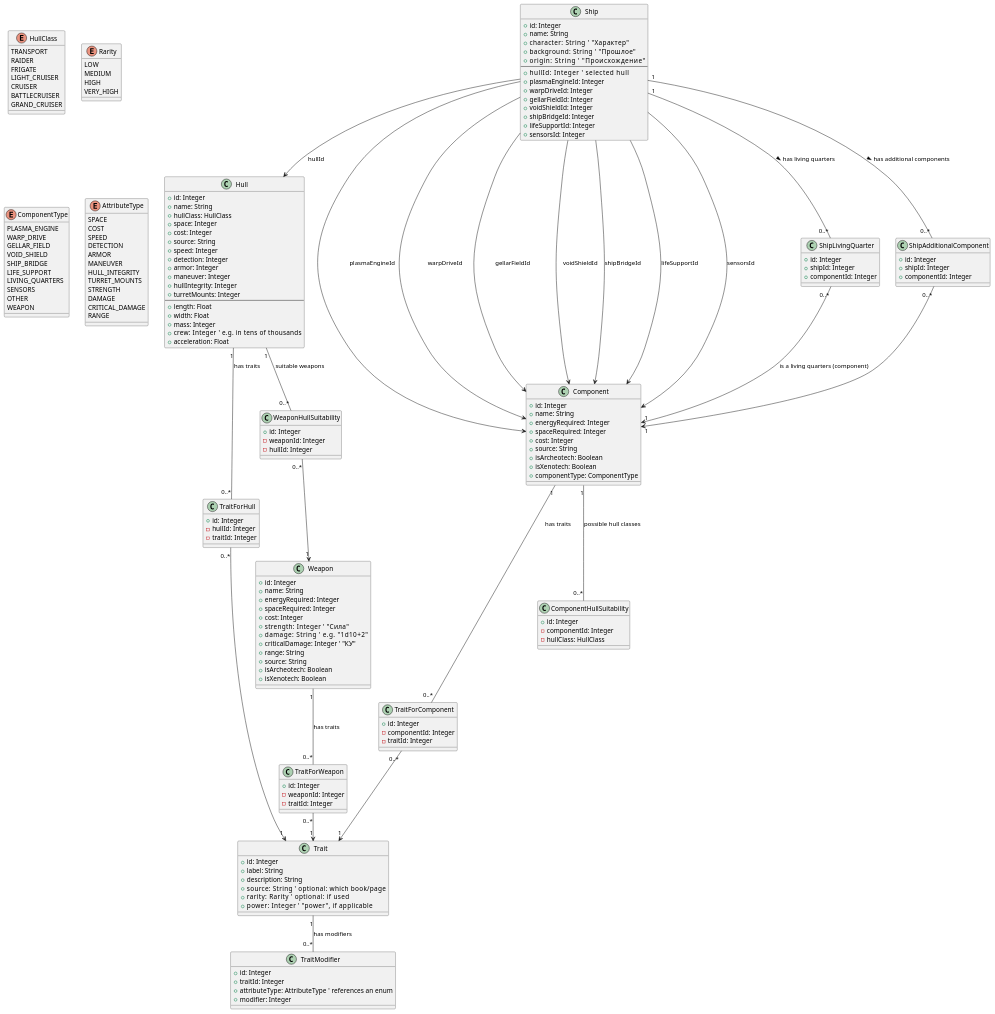
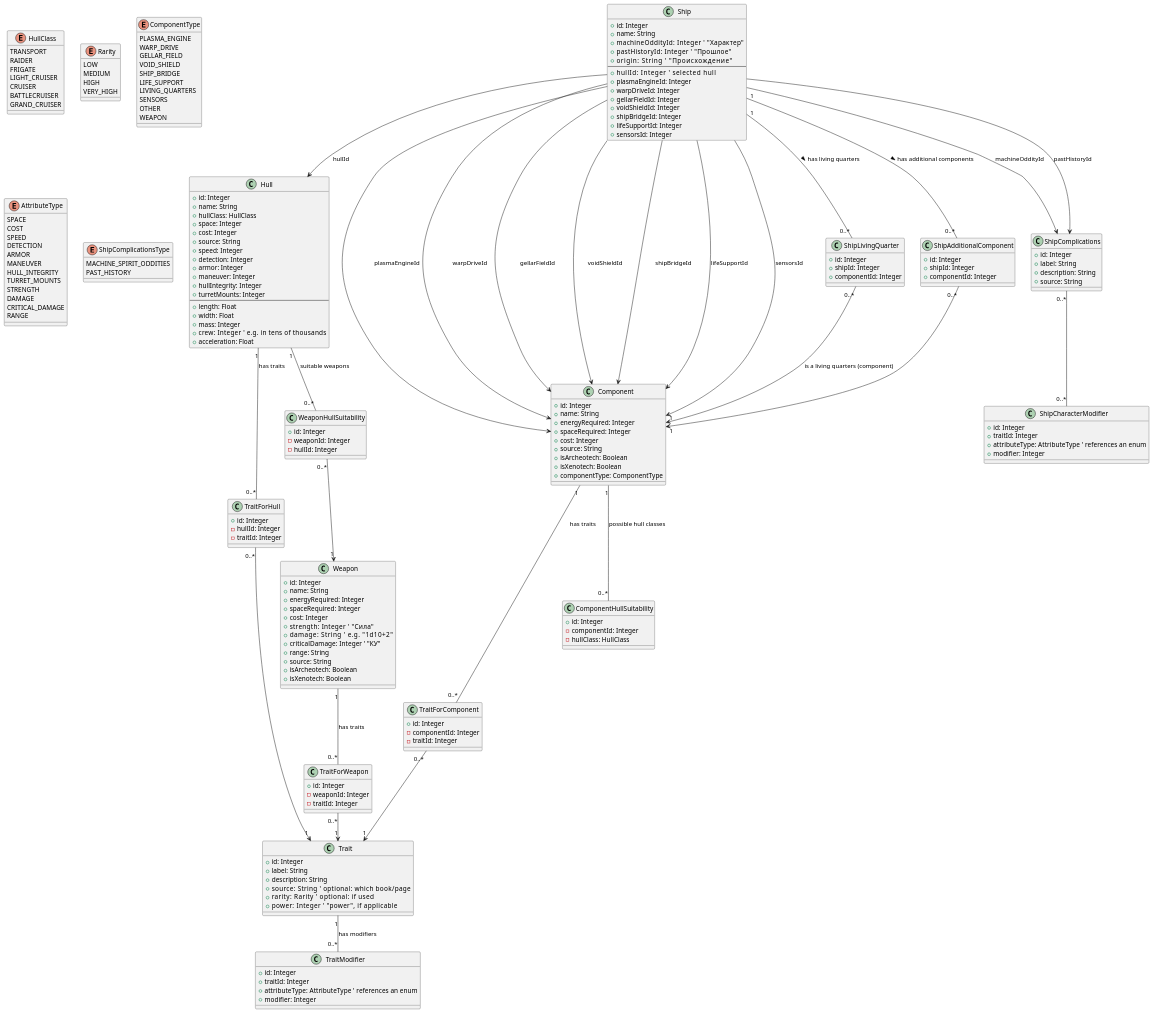
One commit to Ankater/wh40k_ship_creator changed the diagram in docs/ship-creator-uml.puml. Above: the diagram before and after it, drawn with PlantUML. The commit also changed 20 other files, not shown here.

```diff
--- a/docs/ship-creator-uml.puml
+++ b/docs/ship-creator-uml.puml
@@ -45,6 +45,11 @@
   DAMAGE
   CRITICAL_DAMAGE
   RANGE
+}
+
+enum ShipComplicationsType {
+    MACHINE_SPIRIT_ODDITIES
+    PAST_HISTORY
 }
 
 ' -----------------------------
@@ -157,8 +162,8 @@
 class Ship {
   + id: Integer
   + name: String
-  + character: String       ' "Характер"
-  + background: String      ' "Прошлое"
+  + machineOddityId: Integer       ' "Характер"
+  + pastHistoryId: Integer      ' "Прошлое"
   + origin: String          ' "Происхождение"
   --
   + hullId: Integer         ' selected hull
@@ -169,6 +174,20 @@
   + shipBridgeId: Integer
   + lifeSupportId: Integer
   + sensorsId: Integer
+}
+
+class ShipComplications {
+  + id: Integer
+  + label: String
+  + description: String
+  + source: String
+}
+
+class ShipCharacterModifier {
+  + id: Integer
+  + traitId: Integer
+  + attributeType: AttributeType  ' references an enum
+  + modifier: Integer
 }
 
 ' One-to-many bridging table: living quarters
@@ -198,6 +217,8 @@
 Ship --> Component : shipBridgeId
 Ship --> Component : lifeSupportId
 Ship --> Component : sensorsId
+Ship --> ShipComplications: machineOddityId
+Ship --> ShipComplications: pastHistoryId
 
 Ship "1" -- "0..*" ShipLivingQuarter : has living quarters >
 ShipLivingQuarter "0..*" --> "1" Component : is a living quarters (component)
@@ -221,6 +242,8 @@
 
 Component "1" -- "0..*" ComponentHullSuitability : possible hull classes
 
+ShipComplications "0..*" -- "0..*" ShipCharacterModifier
+
 ' New: Trait <--> TraitModifier association
 Trait "1" -- "0..*" TraitModifier : has modifiers
 ' The attributeType is an enum
```
